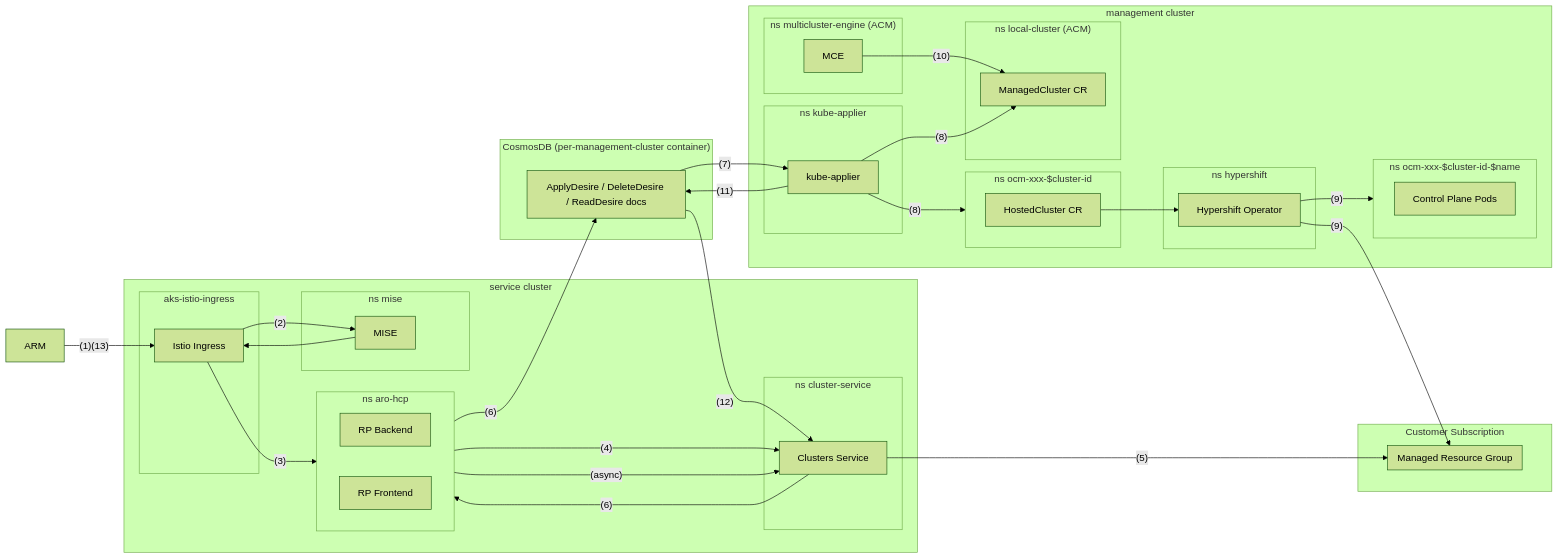
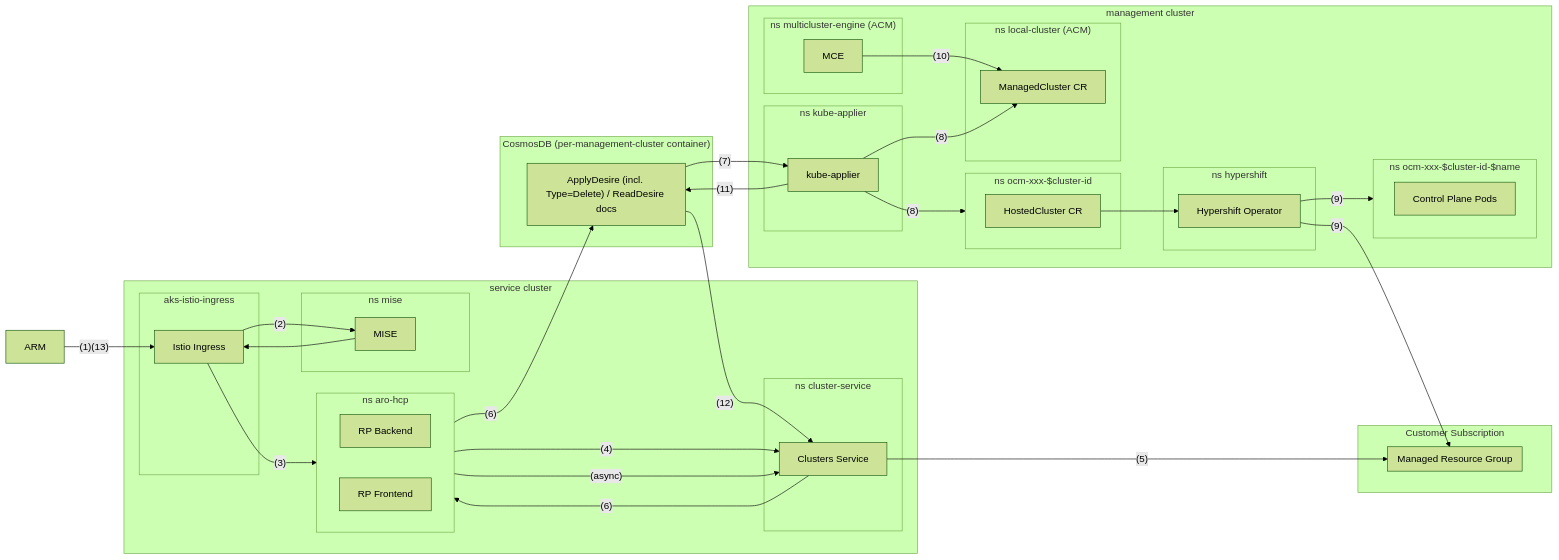
Before and after one commit to Azure/ARO-HCP: the diagram in docs/ops/hcp-cluster-creation-flow.md, drawn with Mermaid (forest theme). The commit also changed other lines of this file, not shown here.

First line of the commit message:
docs: fix ApplyDesire/DeleteDesire terminology and add container selector

````diff
--- a/docs/ops/hcp-cluster-creation-flow.md
+++ b/docs/ops/hcp-cluster-creation-flow.md
@@ -50,66 +50,66 @@
 ```mermaid
 ---
 config:
   layout: dagre
 ---
 flowchart LR
 arm["ARM"]
 subgraph customer_subscription["Customer Subscription"]
   subgraph managed_resourcegroup["Managed Resource Group"]
   end
 end
 subgraph svc_cluster["service cluster"]
     subgraph istio_ns["aks-istio-ingress"]
         istio_ingress["Istio Ingress"]
     end
     subgraph mise_ns["ns mise"]
         mise["MISE"]
     end
     subgraph rp_ns["ns aro-hcp"]
         direction LR
         rp_backend["RP Backend"]
         rp_frontend["RP Frontend"]
     end
     subgraph cs_ns["ns cluster-service"]
         cs["Clusters Service"]
     end
  end
  subgraph cosmos["CosmosDB (per-management-cluster container)"]
-    desires["ApplyDesire / DeleteDesire / ReadDesire docs"]
+    desires["ApplyDesire (incl. Type=Delete) / ReadDesire docs"]
  end
  subgraph mgmt_cluster["management cluster"]
     subgraph kube_applier_ns["ns kube-applier"]
         kube_applier["kube-applier"]
     end
     subgraph acm_mce_ns["ns multicluster-engine (ACM)"]
         mce["MCE"]
     end
     subgraph hypershift_ns["ns hypershift"]
         hypershift["Hypershift Operator"]
     end
     subgraph hypershift_hcp_ns["ns ocm-xxx-$cluster-id"]
         hostedcluster_cr["HostedCluster CR"]
     end
     subgraph hypershift_cp_ns["ns ocm-xxx-$cluster-id-$name"]
         cp_pods["Control Plane Pods"]
     end
     subgraph local_cluster_ns["ns local-cluster (ACM)"]
         managed_cluster_cr["ManagedCluster CR"]
     end
  end
  arm -- (1)(13) --> istio_ingress -- (2) --> mise
  mise --> istio_ingress -- (3) --> rp_frontend -- (4) --> cs
  cs -- (5) --> managed_resourcegroup
  cs -- (6) --> rp_backend -- (6) --> desires
  rp_backend -- (async) --> cs
  desires -- (7) --> kube_applier
 
  mce -- (10) --> managed_cluster_cr
  kube_applier -- (8) --> hypershift_hcp_ns
  kube_applier -- (8) --> managed_cluster_cr
  hostedcluster_cr --> hypershift
  hypershift -- (9) --> managed_resourcegroup
  hypershift -- (9) --> hypershift_cp_ns
  kube_applier -- (11) --> desires
  desires -- (12) --> cs
 ```
````
